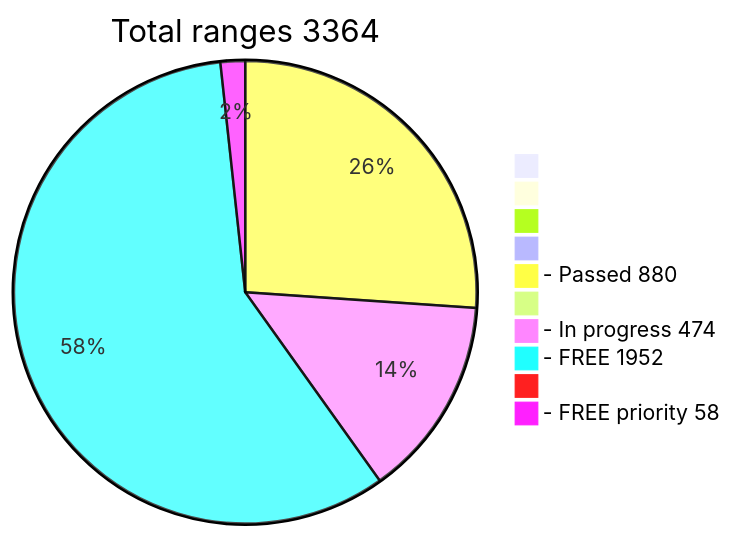
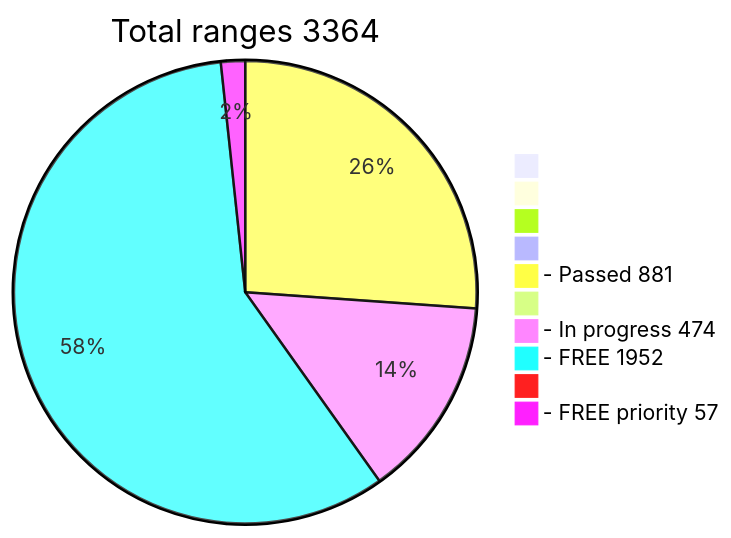
Before and after one commit to phrutis/wif500: the diagram in README.md, drawn with Mermaid.

````diff
--- a/README.md
+++ b/README.md
@@ -16,14 +16,14 @@
 ```mermaid
 pie title Total ranges 3364
              " " : 0
             "  " : 0
            "   " : 0
           "    " : 0
-  "- Passed 880" : 880
+  "- Passed 881" : 881
          "     " : 0
   "- In progress 474" : 474
    "- FREE 1952" : 1962
         "      " : 0
-       "- FREE priority 58" : 58
+       "- FREE priority 57" : 57
    
 ```
````
